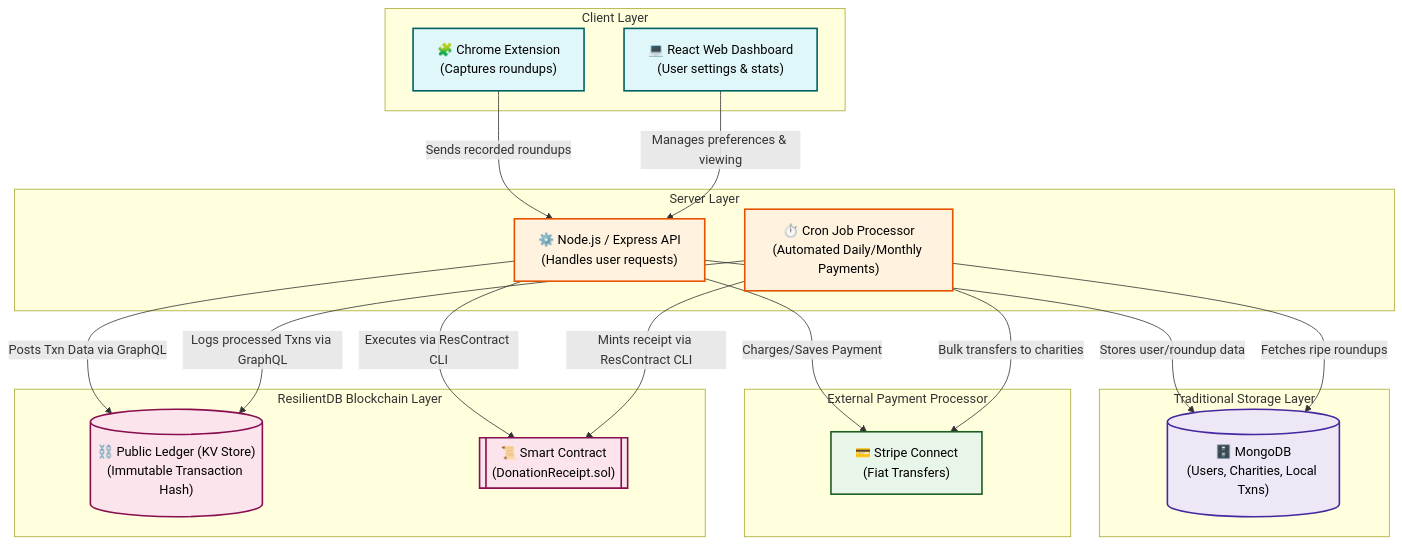
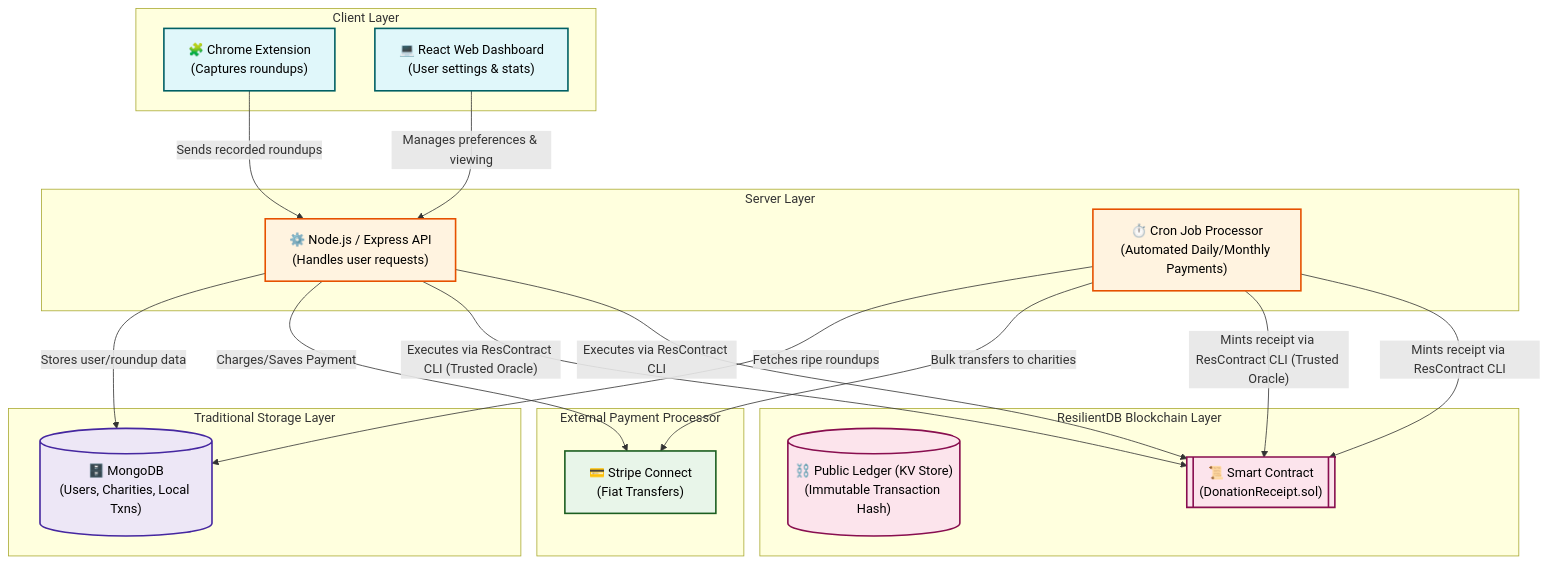
Before and after one commit to ResilientApp/Charitap: the diagram in ARCHITECTURE.md, drawn with Mermaid. The commit also changed other lines of this file and 49 other files, not shown here.

````diff
--- a/ARCHITECTURE.md
+++ b/ARCHITECTURE.md
@@ -11,54 +11,54 @@
 ```mermaid
 flowchart TB
     subgraph Client ["Client Layer"]
         Ext["🧩 Chrome Extension\n(Captures roundups)"]
         Dash["💻 React Web Dashboard\n(User settings & stats)"]
     end
 
     subgraph Server ["Server Layer"]
         API["⚙️ Node.js / Express API\n(Handles user requests)"]
         Cron["⏱️ Cron Job Processor\n(Automated Daily/Monthly Payments)"]
     end
 
     subgraph Storage ["Traditional Storage Layer"]
         DB[("🗄️ MongoDB\n(Users, Charities, Local Txns)")]
     end
 
     subgraph Payment ["External Payment Processor"]
         Stripe["💳 Stripe Connect\n(Fiat Transfers)"]
     end
 
     subgraph Blockchain ["ResilientDB Blockchain Layer"]
         Ledger[("⛓️ Public Ledger (KV Store)\n(Immutable Transaction Hash)")]
         Contract[["📜 Smart Contract\n(DonationReceipt.sol)"]]
     end
 
     %% Interactions
     Ext -- "Sends recorded roundups" --> API
     Dash -- "Manages preferences & viewing" --> API
 
     API -- "Stores user/roundup data" --> DB
     Cron -- "Fetches ripe roundups" --> DB
 
     API -- "Charges/Saves Payment" --> Stripe
     Cron -- "Bulk transfers to charities" --> Stripe
 
-    API -- "Posts Txn Data via GraphQL" --> Ledger
-    Cron -- "Logs processed Txns via GraphQL" --> Ledger
+    API -- "Executes via ResContract CLI (Trusted Oracle)" --> Contract
+    Cron -- "Mints receipt via ResContract CLI (Trusted Oracle)" --> Contract
 
     API -- "Executes via ResContract CLI" --> Contract
     Cron -- "Mints receipt via ResContract CLI" --> Contract
 
     %% Styles
     classDef client fill:#e0f7fa,stroke:#006064,stroke-width:2px,color:#000;
     classDef server fill:#fff3e0,stroke:#e65100,stroke-width:2px,color:#000;
     classDef storage fill:#ede7f6,stroke:#4527a0,stroke-width:2px,color:#000;
     classDef payment fill:#e8f5e9,stroke:#1b5e20,stroke-width:2px,color:#000;
     classDef blockchain fill:#fce4ec,stroke:#880e4f,stroke-width:2px,color:#000;
 
     class Ext,Dash client;
     class API,Cron server;
     class DB storage;
     class Stripe payment;
     class Ledger,Contract blockchain;
 ```
````
